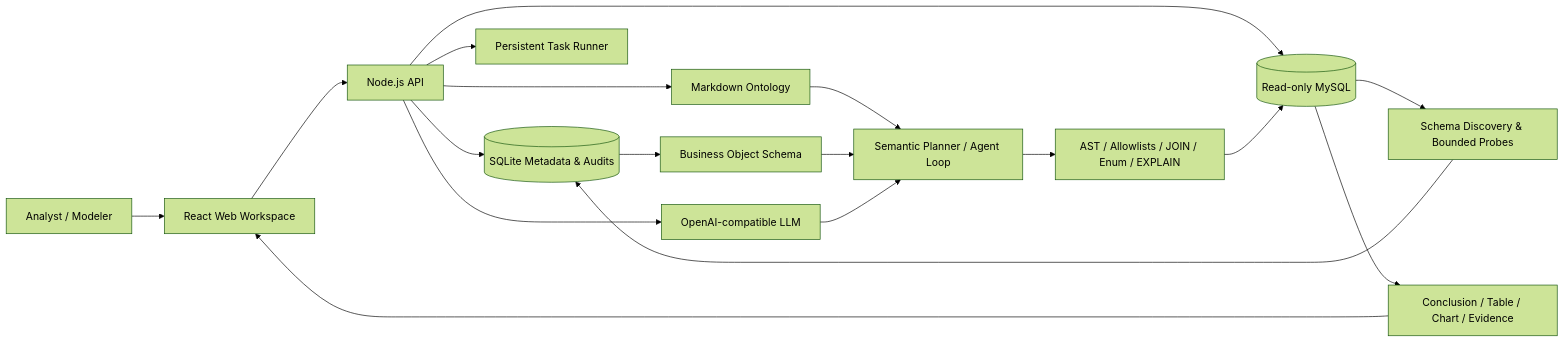
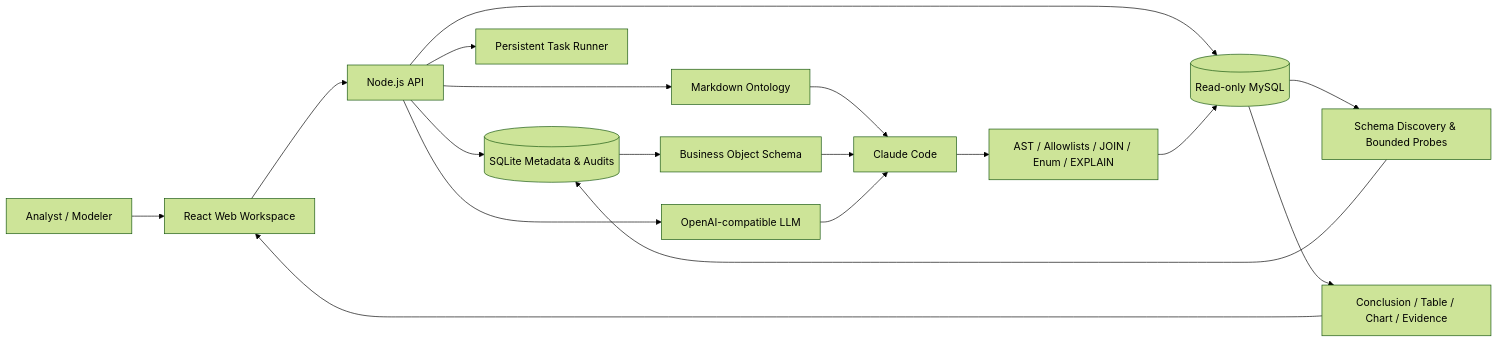
The diagram in README.en.md (libaofeng10/ontology-query-platform), drawn with Mermaid (forest theme) before and after one commit. The commit also changed other lines of this file and 87 other files, not shown here.

````diff
--- a/README.en.md
+++ b/README.en.md
@@ -43,20 +44,20 @@
 ```mermaid
 flowchart LR
   User[Analyst / Modeler] --> Web[React Web Workspace]
   Web --> API[Node.js API]
   API --> Meta[(SQLite Metadata & Audits)]
   API --> Tasks[Persistent Task Runner]
   API --> Wiki[Markdown Ontology]
   API --> MySQL[(Read-only MySQL)]
   API --> LLM[OpenAI-compatible LLM]
   MySQL --> Discovery[Schema Discovery & Bounded Probes]
   Discovery --> Meta
   Meta --> Schema[Business Object Schema]
-  Wiki --> Planner[Semantic Planner / Agent Loop]
+  Wiki --> Planner[Claude Code]
   Schema --> Planner
   Planner --> Guard[AST / Allowlists / JOIN / Enum / EXPLAIN]
   LLM --> Planner
   Guard --> MySQL
   MySQL --> Answer[Conclusion / Table / Chart / Evidence]
   Answer --> Web
 ```
````
